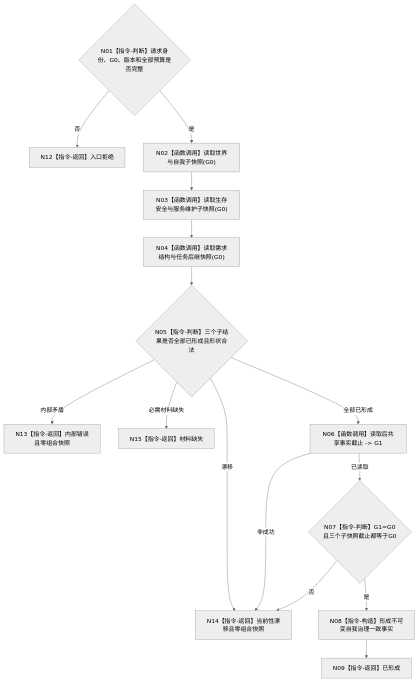
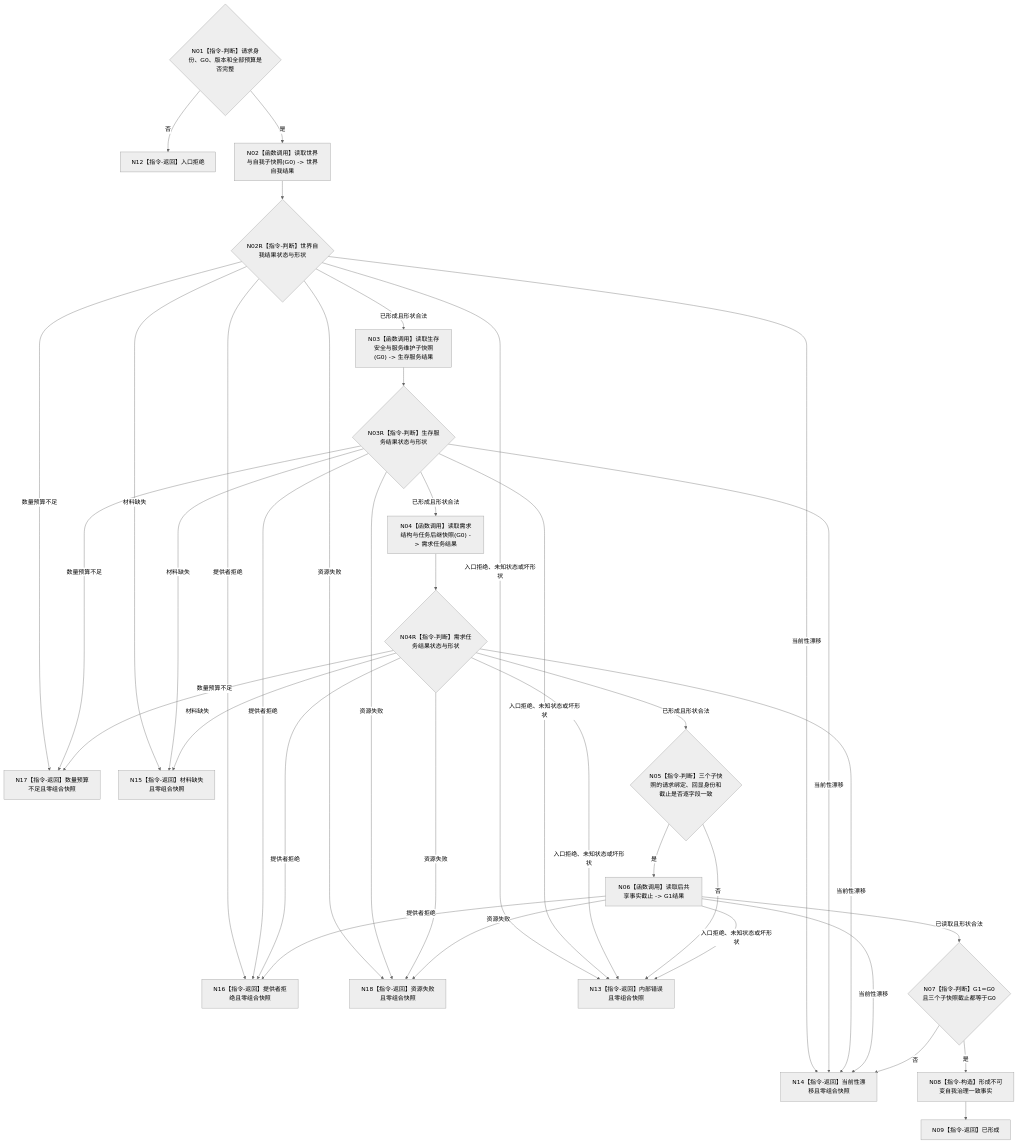
Before and after one commit to chunhaizh-cyber/HY-Ego: the diagram in 流程图/目标业务流程图/L2/BIZ-L2-002-02_读取自我治理一致事实_目标函数流程图_v0.2.md, drawn with Mermaid (neutral theme). The commit also changed other lines of this file and 3 other files, not shown here.

````diff
--- a/流程图/目标业务流程图/L2/BIZ-L2-002-02_读取自我治理一致事实_目标函数流程图_v0.2.md
+++ b/流程图/目标业务流程图/L2/BIZ-L2-002-02_读取自我治理一致事实_目标函数流程图_v0.2.md
@@ -36,17 +36,39 @@
 ```mermaid
 flowchart TD
     N01{"N01【指令-判断】请求身份、G0、版本和全部预算是否完整"} -->|否| N12["N12【指令-返回】入口拒绝"]
-    N01 -->|是| N02["N02【函数调用】读取世界与自我子快照(G0)"]
-    N02 --> N03["N03【函数调用】读取生存安全与服务维护子快照(G0)"]
-    N03 --> N04["N04【函数调用】读取需求结构与任务后继快照(G0)"]
-    N04 --> N05{"N05【指令-判断】三个子结果是否全部已形成且形状合法"}
-    N05 -->|内部矛盾| N13["N13【指令-返回】内部错误且零组合快照"]
-    N05 -->|漂移| N14["N14【指令-返回】当前性漂移且零组合快照"]
-    N05 -->|必需材料缺失| N15["N15【指令-返回】材料缺失"]
-    N05 -->|全部已形成| N06["N06【函数调用】读取后共享事实截止 -> G1"]
-    N06 -->|非成功| N14
-    N06 -->|已读取| N07{"N07【指令-判断】G1=G0且三个子快照截止都等于G0"}
+    N01 -->|是| N02["N02【函数调用】读取世界与自我子快照(G0) -> 世界自我结果"]
+    N02 --> N02R{"N02R【指令-判断】世界自我结果状态与形状"}
+    N02R -->|已形成且形状合法| N03["N03【函数调用】读取生存安全与服务维护子快照(G0) -> 生存服务结果"]
+    N02R -->|提供者拒绝| N16["N16【指令-返回】提供者拒绝且零组合快照"]
+    N02R -->|当前性漂移| N14["N14【指令-返回】当前性漂移且零组合快照"]
+    N02R -->|数量预算不足| N17["N17【指令-返回】数量预算不足且零组合快照"]
+    N02R -->|材料缺失| N15["N15【指令-返回】材料缺失且零组合快照"]
+    N02R -->|资源失败| N18["N18【指令-返回】资源失败且零组合快照"]
+    N02R -->|入口拒绝、未知状态或坏形状| N13["N13【指令-返回】内部错误且零组合快照"]
+    N03 --> N03R{"N03R【指令-判断】生存服务结果状态与形状"}
+    N03R -->|已形成且形状合法| N04["N04【函数调用】读取需求结构与任务后继快照(G0) -> 需求任务结果"]
+    N03R -->|提供者拒绝| N16
+    N03R -->|当前性漂移| N14
+    N03R -->|数量预算不足| N17
+    N03R -->|材料缺失| N15
+    N03R -->|资源失败| N18
+    N03R -->|入口拒绝、未知状态或坏形状| N13
+    N04 --> N04R{"N04R【指令-判断】需求任务结果状态与形状"}
+    N04R -->|已形成且形状合法| N05{"N05【指令-判断】三个子快照的请求绑定、回显身份和截止是否逐字段一致"}
+    N04R -->|提供者拒绝| N16
+    N04R -->|当前性漂移| N14
+    N04R -->|数量预算不足| N17
+    N04R -->|材料缺失| N15
+    N04R -->|资源失败| N18
+    N04R -->|入口拒绝、未知状态或坏形状| N13
+    N05 -->|否| N13
+    N05 -->|是| N06["N06【函数调用】读取后共享事实截止 -> G1结果"]
+    N06 -->|已读取且形状合法| N07{"N07【指令-判断】G1=G0且三个子快照截止都等于G0"}
+    N06 -->|提供者拒绝| N16
+    N06 -->|当前性漂移| N14
+    N06 -->|资源失败| N18
+    N06 -->|入口拒绝、未知状态或坏形状| N13
     N07 -->|否| N14
     N07 -->|是| N08["N08【指令-构造】形成不可变自我治理一致事实"]
     N08 --> N09["N09【指令-返回】已形成"]
 ```
````
